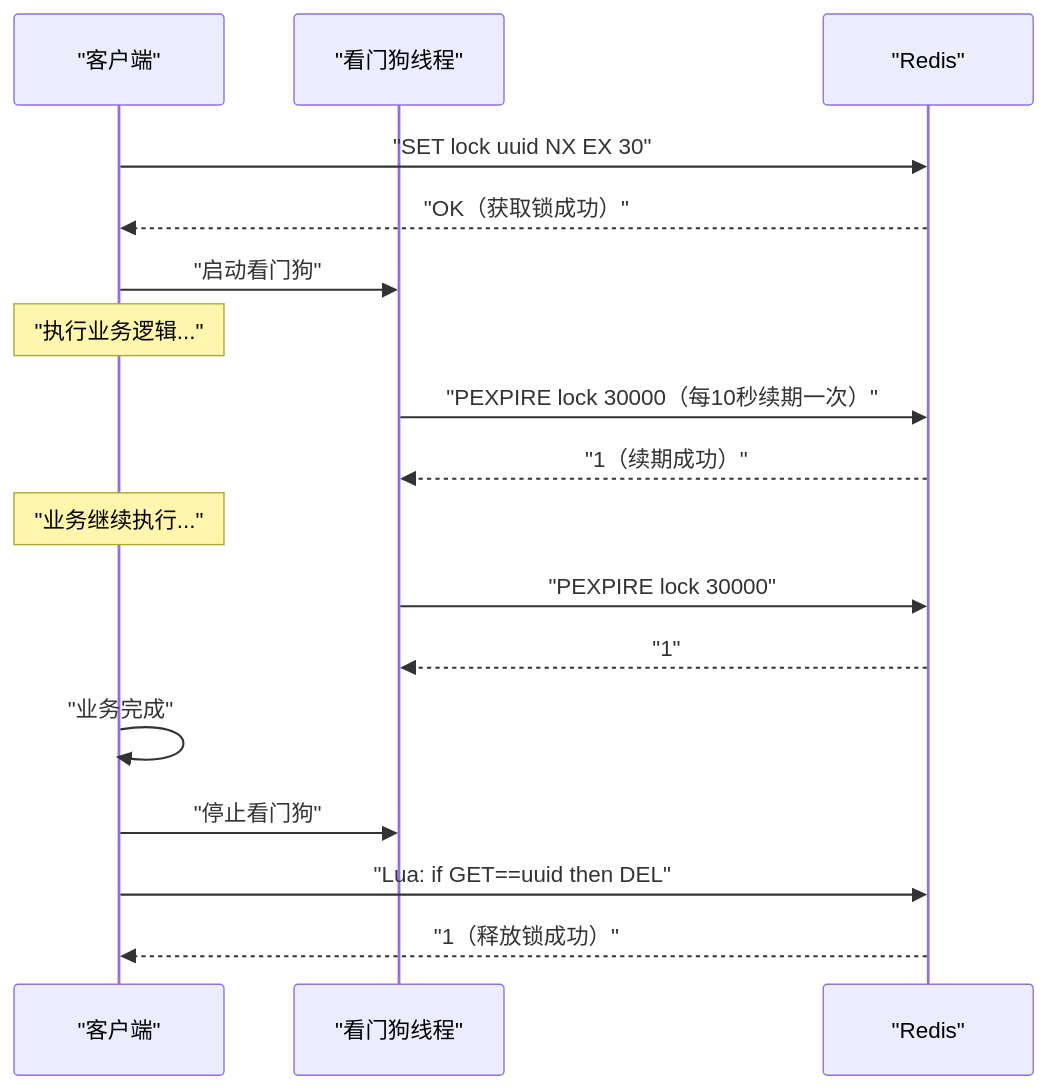
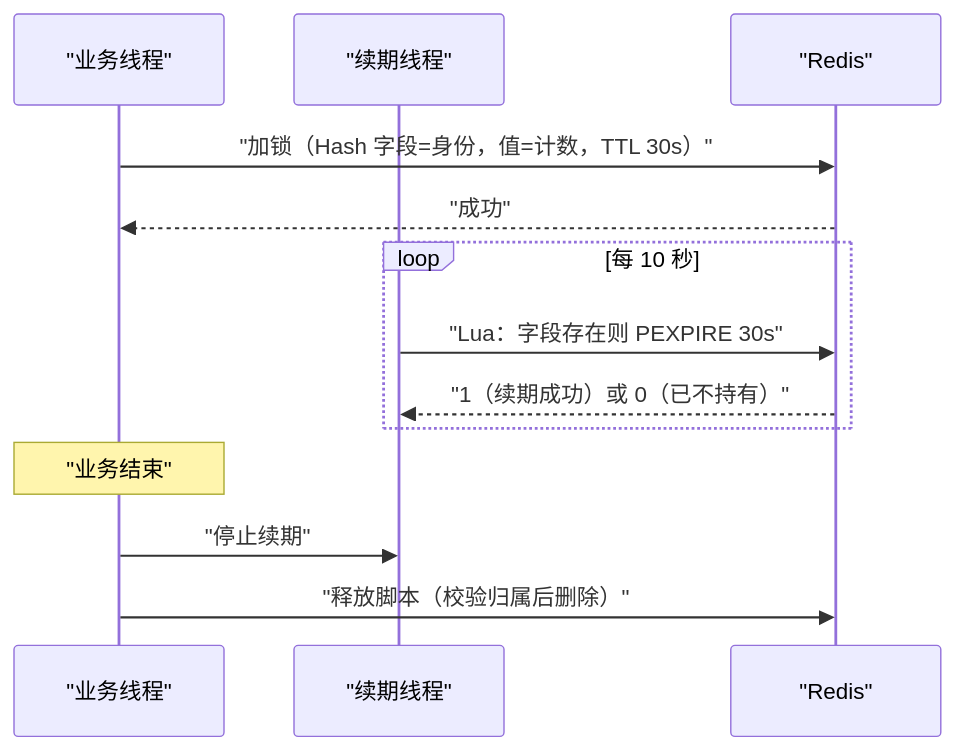
The second of 5 diagrams in content/中间件/Redis/Redis进阶教程/06 Redis 分布式锁——从 SETNX 到 Redlock 的争议.md (hpliStartAgain/my-brain), drawn with Mermaid before and after one commit. The commit also changed other lines of this file and 455 other files, not shown here.

````diff
--- a/content/中间件/Redis/Redis进阶教程/06 Redis 分布式锁——从 SETNX 到 Redlock 的争议.md
+++ b/content/中间件/Redis/Redis进阶教程/06 Redis 分布式锁——从 SETNX 到 Redlock 的争议.md
@@ -130,26 +284,16 @@
 ```mermaid
 %%{init: {'theme': 'dracula'}}%%
 sequenceDiagram
-    participant C as "客户端"
-    participant WD as "看门狗线程"
+    participant C as "业务线程"
+    participant W as "续期线程"
     participant R as "Redis"
-
-    C->>R: "SET lock uuid NX EX 30"
-    R-->>C: "OK（获取锁成功）"
-    C->>WD: "启动看门狗"
-
-    Note over C: "执行业务逻辑..."
-
-    WD->>R: "PEXPIRE lock 30000（每10秒续期一次）"
-    R-->>WD: "1（续期成功）"
-
-    Note over C: "业务继续执行..."
-
-    WD->>R: "PEXPIRE lock 30000"
-    R-->>WD: "1"
-
-    C->>C: "业务完成"
-    C->>WD: "停止看门狗"
-    C->>R: "Lua: if GET==uuid then DEL"
-    R-->>C: "1（释放锁成功）"
+    C->>R: "加锁（Hash 字段=身份，值=计数，TTL 30s）"
+    R-->>C: "成功"
+    loop 每 10 秒
+        W->>R: "Lua：字段存在则 PEXPIRE 30s"
+        R-->>W: "1（续期成功）或 0（已不持有）"
+    end
+    Note over C: "业务结束"
+    C->>W: "停止续期"
+    C->>R: "释放脚本（校验归属后删除）"
 ```
````
